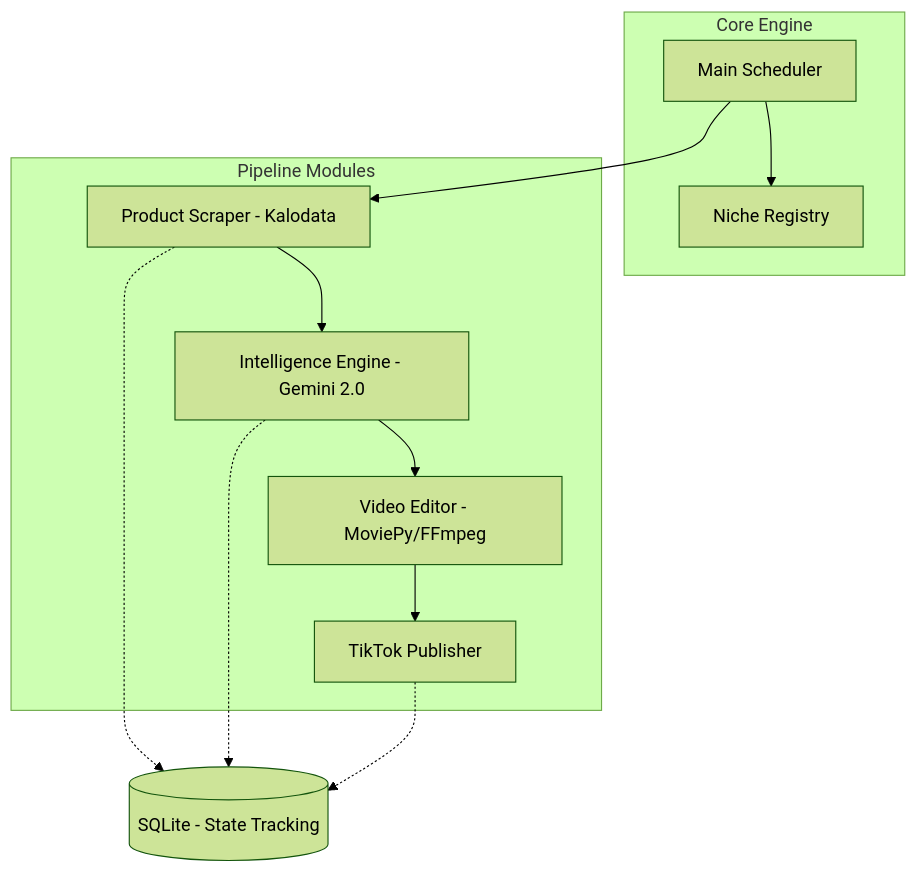
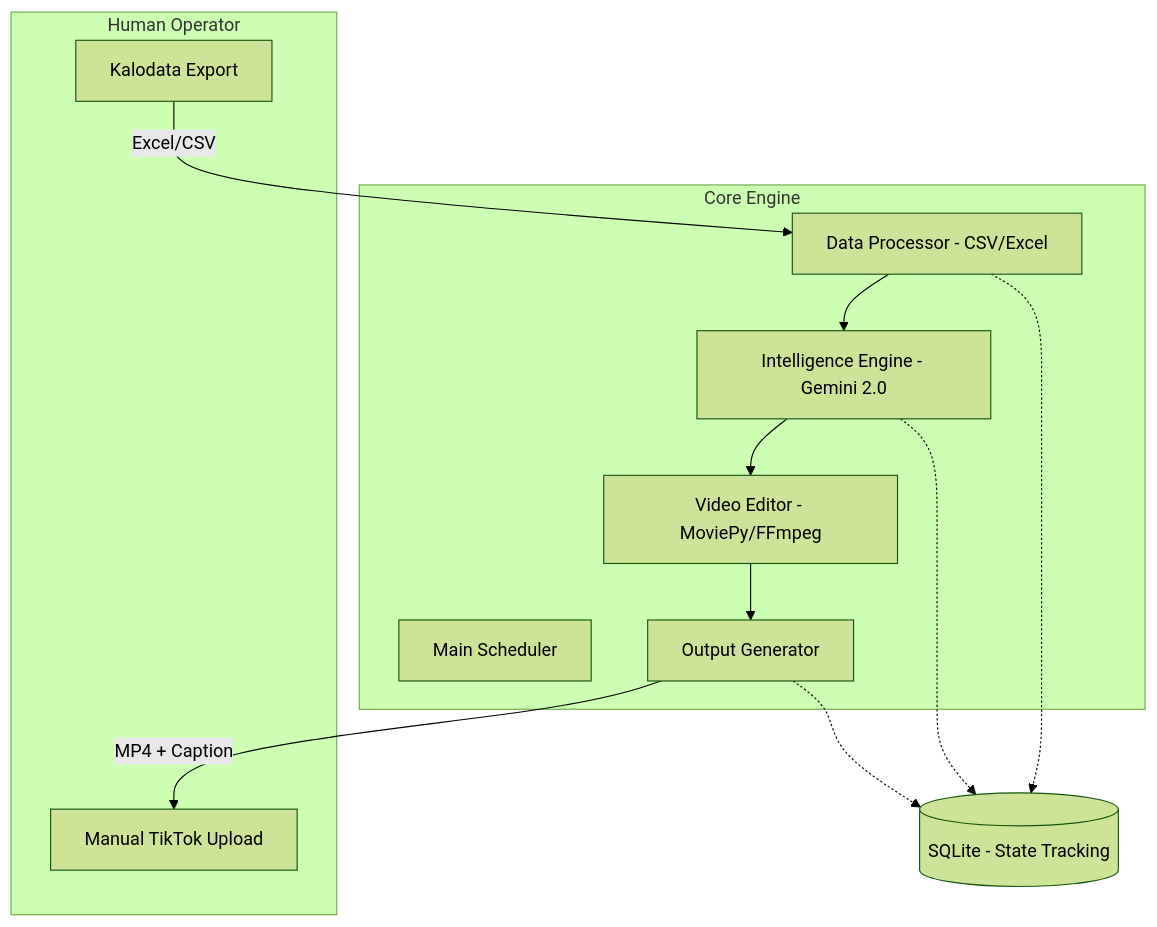
The diagram in docs/LLD.md (wayangalihpratama/autoffiliate), drawn with Mermaid (forest theme) before and after one commit. The commit also changed other lines of this file and 2 other files, not shown here.

````diff
--- a/docs/LLD.md
+++ b/docs/LLD.md
@@ -26,26 +28,27 @@
 ```mermaid
 graph TD
+    subgraph "Human Operator"
+        Kalodata[Kalodata Export]
+        ManualPost[Manual TikTok Upload]
+    end
+
     subgraph "Core Engine"
         Runner[Main Scheduler]
-        Registry[Niche Registry]
-    end
-
-    subgraph "Pipeline Modules"
-        Scraper[Product Scraper - Kalodata]
+        Processor[Data Processor - CSV/Excel]
         AI[Intelligence Engine - Gemini 2.0]
         Editor[Video Editor - MoviePy/FFmpeg]
-        Publisher[TikTok Publisher]
+        OutputGen[Output Generator]
     end
 
     Database[(SQLite - State Tracking)]
 
-    Runner --> Registry
-    Runner --> Scraper
-    Scraper --> AI
+    Kalodata -->|Excel/CSV| Processor
+    Processor --> AI
     AI --> Editor
-    Editor --> Publisher
+    Editor --> OutputGen
+    OutputGen -->|MP4 + Caption| ManualPost
 
-    Scraper -.-> Database
+    Processor -.-> Database
     AI -.-> Database
-    Publisher -.-> Database
+    OutputGen -.-> Database
 ```
````
